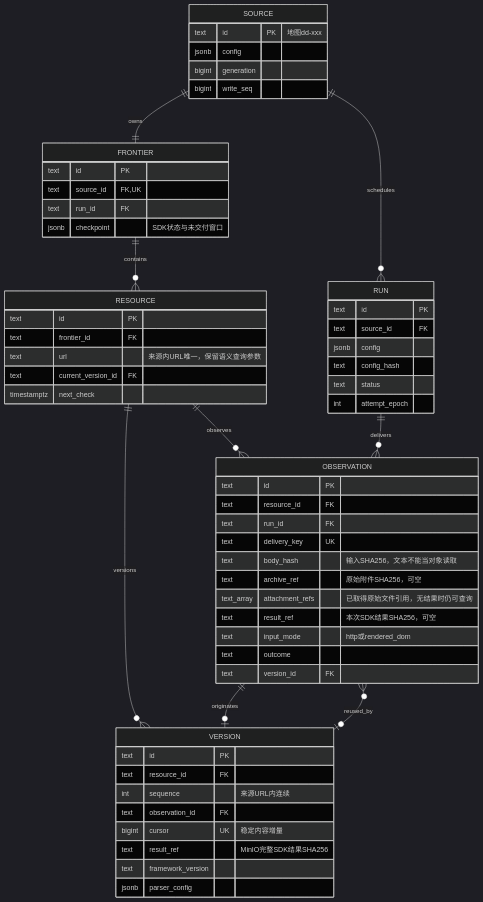
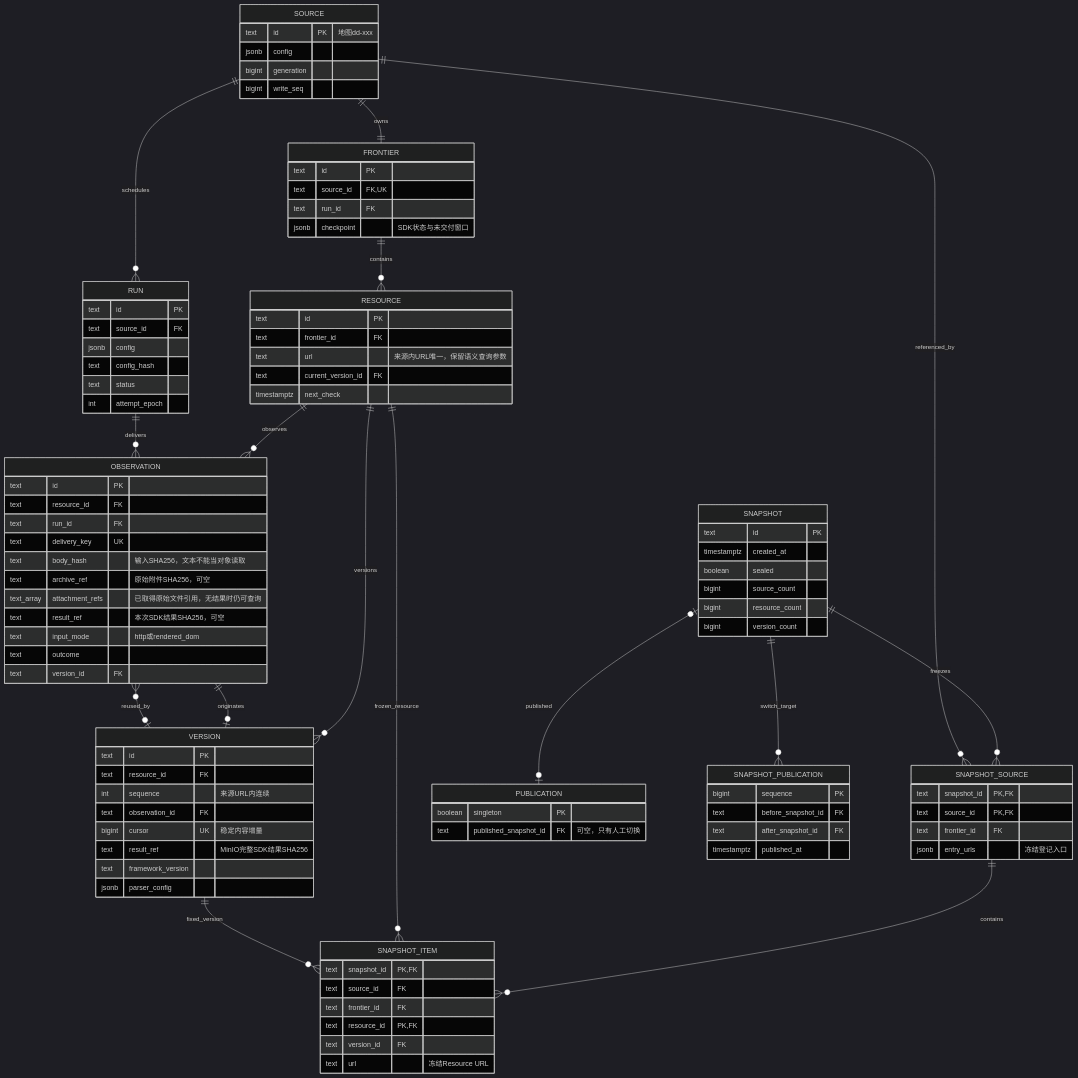
The diagram in README.md (nanzhi84/SEAL), drawn with Mermaid (dark theme) before and after one commit. The commit also changed other lines of this file and 22 other files, not shown here.

```diff
--- a/README.md
+++ b/README.md
@@ -97,6 +110,45 @@
  RESOURCE ||--o{ VERSION : versions
  OBSERVATION ||--o| VERSION : originates
  VERSION o|--o{ OBSERVATION : reused_by
+ SNAPSHOT ||--o{ SNAPSHOT_SOURCE : freezes
+ SOURCE ||--o{ SNAPSHOT_SOURCE : referenced_by
+ SNAPSHOT_SOURCE ||--o{ SNAPSHOT_ITEM : contains
+ RESOURCE ||--o{ SNAPSHOT_ITEM : frozen_resource
+ VERSION ||--o{ SNAPSHOT_ITEM : fixed_version
+ SNAPSHOT o|--o| PUBLICATION : published
+ SNAPSHOT ||--o{ SNAPSHOT_PUBLICATION : switch_target
+ SNAPSHOT {
+  text id PK
+  timestamptz created_at
+  boolean sealed
+  bigint source_count
+  bigint resource_count
+  bigint version_count
+ }
+ SNAPSHOT_SOURCE {
+  text snapshot_id PK,FK
+  text source_id PK,FK
+  text frontier_id FK
+  jsonb entry_urls "冻结登记入口"
+ }
+ SNAPSHOT_ITEM {
+  text snapshot_id PK,FK
+  text source_id FK
+  text frontier_id FK
+  text resource_id PK,FK
+  text version_id FK
+  text url "冻结Resource URL"
+ }
+ PUBLICATION {
+  boolean singleton PK
+  text published_snapshot_id FK "可空，只有人工切换"
+ }
+ SNAPSHOT_PUBLICATION {
+  bigint sequence PK
+  text before_snapshot_id FK
+  text after_snapshot_id FK
+  timestamptz published_at
+ }
  RESOURCE {
   text id PK
   text frontier_id FK
```
